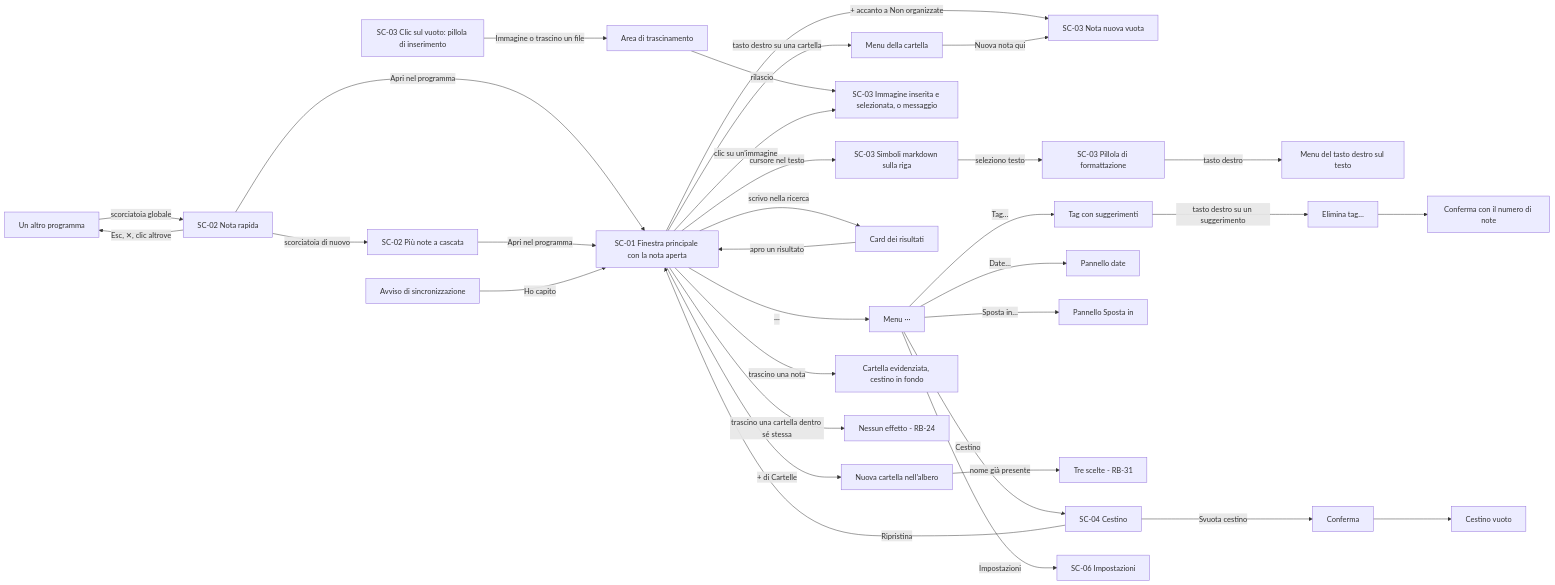
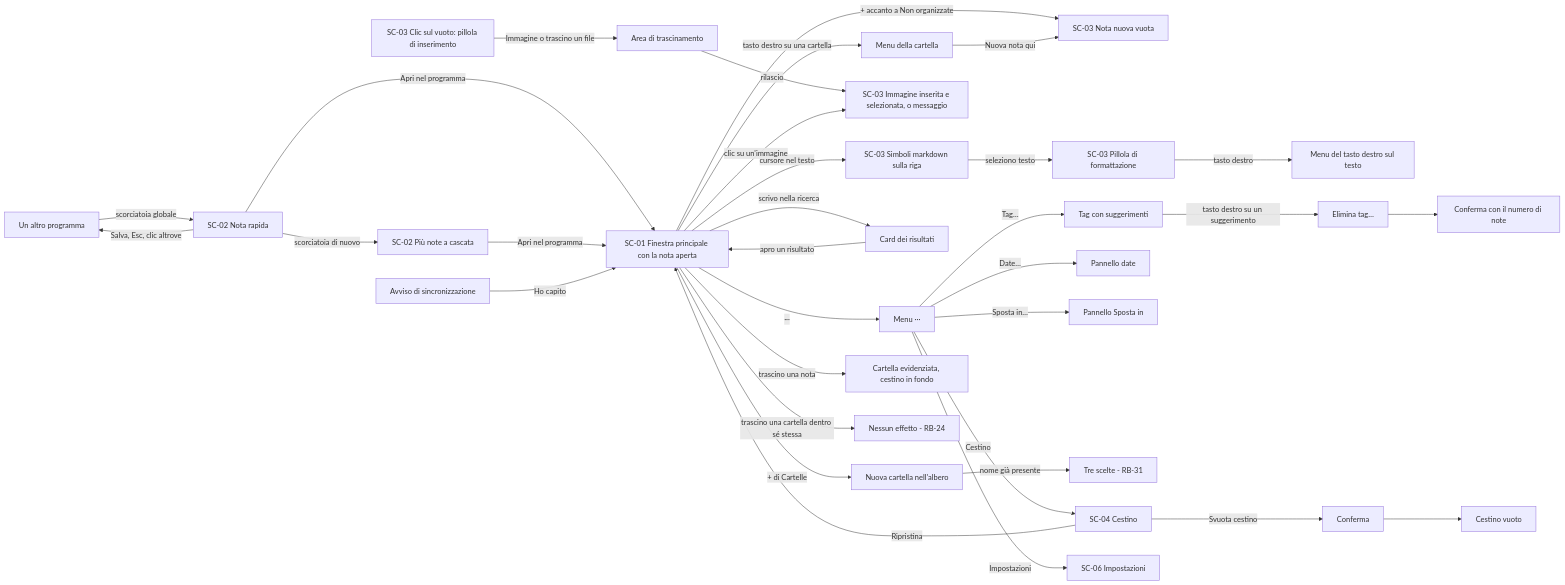
The diagram in docs/moduli/interfaccia/4-schermate.md (Helmutsti/MemoDu), drawn with Mermaid before and after one commit. The commit also changed other lines of this file and 28 other files, not shown here.

````diff
--- a/docs/moduli/interfaccia/4-schermate.md
+++ b/docs/moduli/interfaccia/4-schermate.md
@@ -160,36 +160,36 @@
 ```mermaid
 flowchart LR
     Esterno[Un altro programma] -- scorciatoia globale --> SC02[SC-02 Nota rapida]
-    SC02 -- Esc, ✕, clic altrove --> Esterno
+    SC02 -- Salva, Esc, clic altrove --> Esterno
     SC02 -- scorciatoia di nuovo --> SC02b[SC-02 Più note a cascata]
     SC02 -- Apri nel programma --> SC01
     SC02b -- Apri nel programma --> SC01
 
     SC01[SC-01 Finestra principale con la nota aperta] -- + accanto a Non organizzate --> Nuova[SC-03 Nota nuova vuota]
     SC01 -- tasto destro su una cartella --> TdC[Menu della cartella] -- Nuova nota qui --> Nuova
 
     SC01 -- cursore nel testo --> Md[SC-03 Simboli markdown sulla riga]
     Md -- seleziono testo --> Sel[SC-03 Pillola di formattazione]
     Sel -- tasto destro --> TdT[Menu del tasto destro sul testo]
 
     Vuoto[SC-03 Clic sul vuoto: pillola di inserimento] -- Immagine o trascino un file --> Tr[Area di trascinamento]
     Tr -- rilascio --> Img[SC-03 Immagine inserita e selezionata, o messaggio]
     SC01 -- clic su un'immagine --> Img
 
     SC01 -- ··· --> Menu[Menu ···]
     Menu -- Tag… --> Tag[Tag con suggerimenti]
     Tag -- tasto destro su un suggerimento --> TdTag[Elimina tag…] --> Conf[Conferma con il numero di note]
     Menu -- Date… --> Date[Pannello date]
     Menu -- Sposta in… --> Sposta[Pannello Sposta in]
 
     SC01 -- scrivo nella ricerca --> Ric[Card dei risultati] -- apro un risultato --> SC01
 
     SC01 -- + di Cartelle --> NC[Nuova cartella nell'albero] -- nome già presente --> Dup[Tre scelte - RB-31]
     SC01 -- trascino una nota --> Tr2[Cartella evidenziata, cestino in fondo]
     SC01 -- trascino una cartella dentro sé stessa --> No[Nessun effetto - RB-24]
     Menu -- Cestino --> SC04[SC-04 Cestino] -- Svuota cestino --> Conf2[Conferma] --> SC04v[Cestino vuoto]
     SC04 -- Ripristina --> SC01
     Menu -- Impostazioni --> SC06[SC-06 Impostazioni]
 
     Avv[Avviso di sincronizzazione] -- Ho capito --> SC01
 ```
````
